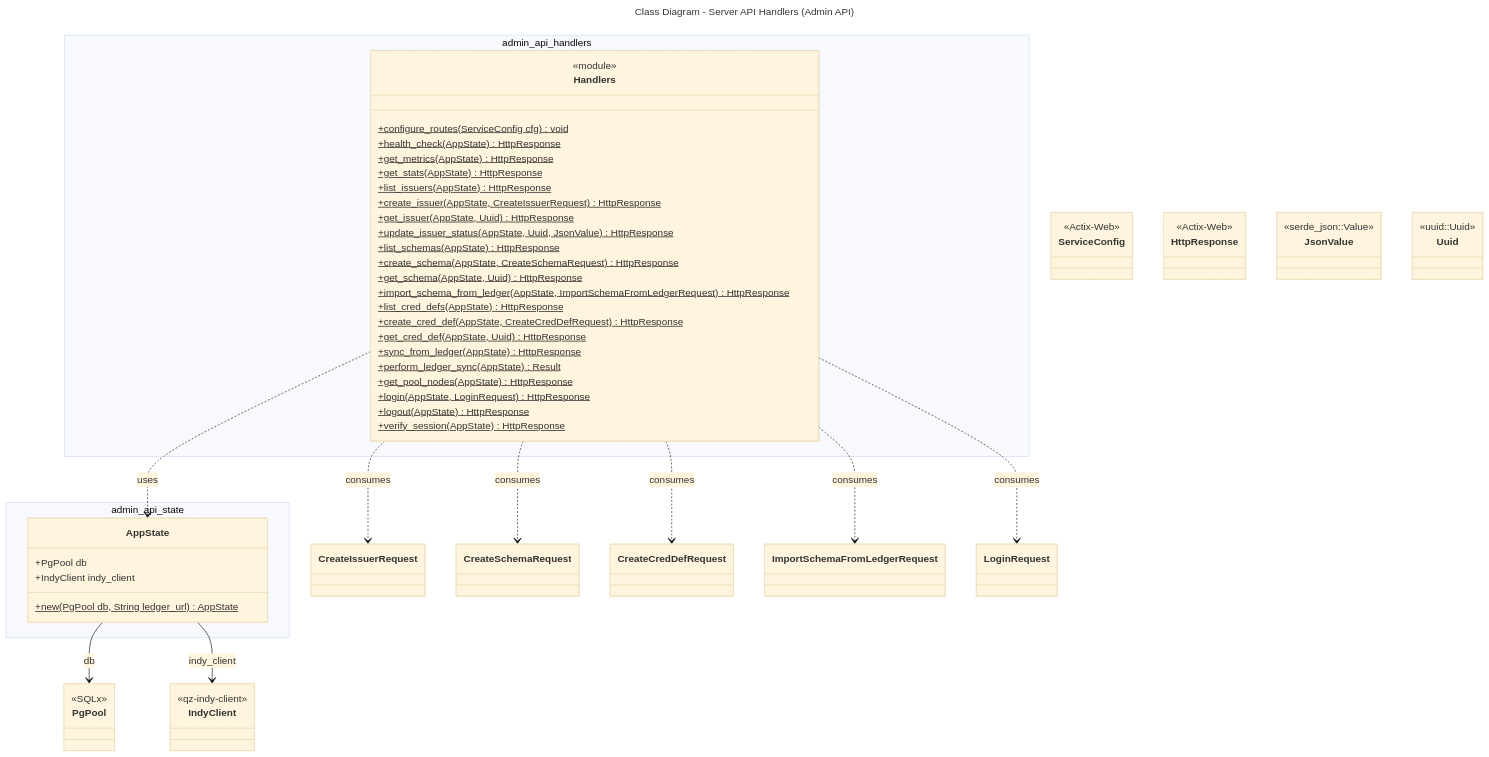
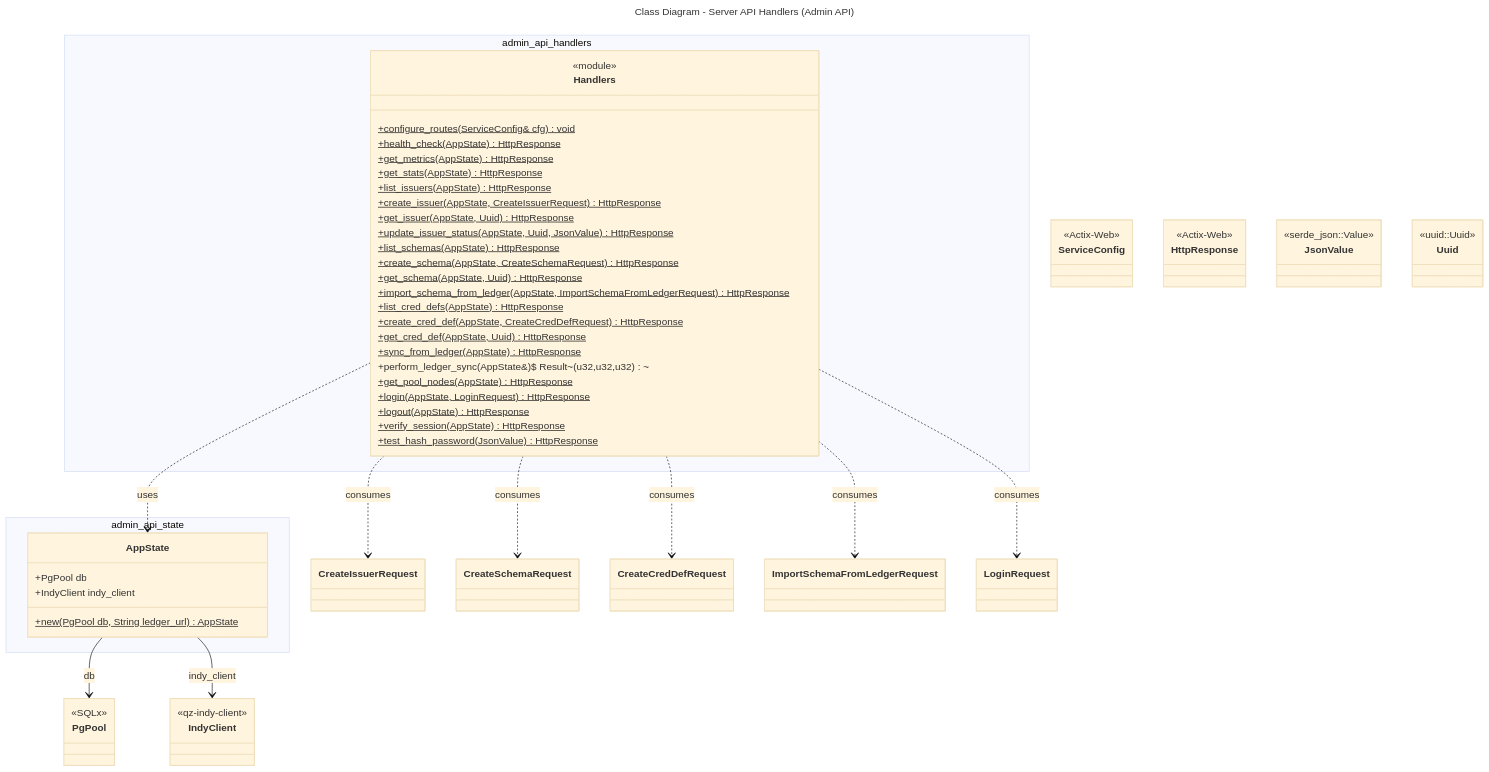
The diagram in diagrams/class-server-handlers.mmd (CHATEAUFORGE-LLC/QuantumZero), drawn with Mermaid before and after one commit. The commit also changed 53 other files, not shown here.

Commit message:
diagram refinement in preperation for sequence diagram review and enhancment

```diff
--- a/diagrams/class-server-handlers.mmd
+++ b/diagrams/class-server-handlers.mmd
@@ -1,77 +1,78 @@
 ---
 title: Class Diagram - Server API Handlers (Admin API)
 config:
   theme: base
 ---
 %% QuantumZero UML palette note: actors/external=#fff7e6/#b45309, system/component=#e0f2fe/#075985, datastore=#ecfccb/#4d7c0f, notes=#fff9c4/#d97706. Aligns diagrams to Deliverable 1 UML/DFD theme.
 classDiagram
     namespace admin_api_state {
         class AppState {
             +PgPool db
             +IndyClient indy_client
             +new(PgPool db, String ledger_url)$ AppState
         }
     }
 
     namespace admin_api_handlers {
         class Handlers {
             <<module>>
-            +configure_routes(ServiceConfig cfg)$ void
+            +configure_routes(ServiceConfig& cfg)$ void
             +health_check(AppState)$ HttpResponse
             +get_metrics(AppState)$ HttpResponse
             +get_stats(AppState)$ HttpResponse
             +list_issuers(AppState)$ HttpResponse
             +create_issuer(AppState, CreateIssuerRequest)$ HttpResponse
             +get_issuer(AppState, Uuid)$ HttpResponse
             +update_issuer_status(AppState, Uuid, JsonValue)$ HttpResponse
             +list_schemas(AppState)$ HttpResponse
             +create_schema(AppState, CreateSchemaRequest)$ HttpResponse
             +get_schema(AppState, Uuid)$ HttpResponse
             +import_schema_from_ledger(AppState, ImportSchemaFromLedgerRequest)$ HttpResponse
             +list_cred_defs(AppState)$ HttpResponse
             +create_cred_def(AppState, CreateCredDefRequest)$ HttpResponse
             +get_cred_def(AppState, Uuid)$ HttpResponse
             +sync_from_ledger(AppState)$ HttpResponse
-            +perform_ledger_sync(AppState)$ Result
+            +perform_ledger_sync(AppState&)$ Result~(u32,u32,u32)~
             +get_pool_nodes(AppState)$ HttpResponse
             +login(AppState, LoginRequest)$ HttpResponse
             +logout(AppState)$ HttpResponse
             +verify_session(AppState)$ HttpResponse
+            +test_hash_password(JsonValue)$ HttpResponse
         }
     }
 
     %% Models (see class-server-models.mmd)
     class CreateIssuerRequest
     class CreateSchemaRequest
     class CreateCredDefRequest
     class ImportSchemaFromLedgerRequest
     class LoginRequest
 
     %% External / shared types
     class PgPool {
         <<SQLx>>
     }
     class IndyClient {
         <<qz-indy-client>>
     }
     class ServiceConfig {
         <<Actix-Web>>
     }
     class HttpResponse {
         <<Actix-Web>>
     }
     class JsonValue {
         <<serde_json::Value>>
     }
     class Uuid {
         <<uuid::Uuid>>
     }
 
     Handlers ..> AppState : uses
     AppState --> PgPool : db
     AppState --> IndyClient : indy_client
     Handlers ..> CreateIssuerRequest : consumes
     Handlers ..> CreateSchemaRequest : consumes
     Handlers ..> CreateCredDefRequest : consumes
     Handlers ..> ImportSchemaFromLedgerRequest : consumes
     Handlers ..> LoginRequest : consumes
```
